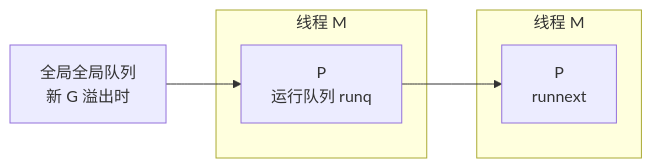
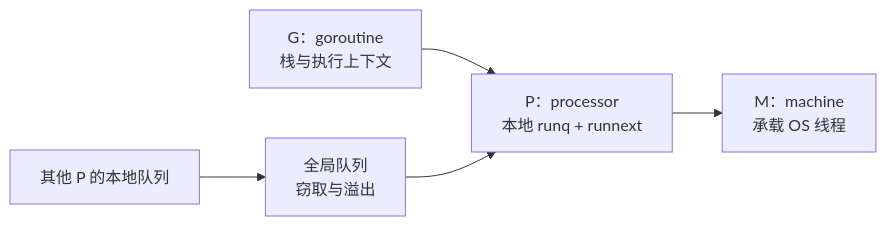
One commit to MoreConsequence/MoreConsequence.github.io changed the diagram in content/posts/go-scheduler-gmp-preemption.md. Above: the diagram before and after it, drawn with Mermaid. The commit also changed other lines of this file and 263 other files, not shown here.

````diff
--- a/content/posts/go-scheduler-gmp-preemption.md
+++ b/content/posts/go-scheduler-gmp-preemption.md
@@ -30,12 +28,7 @@
 ```mermaid
 flowchart LR
-    subgraph M1[线程 M]
-        P1[P<br/>运行队列 runq]
-    end
-    subgraph M2[线程 M]
-        P2[P<br/>runnext]
-    end
-    GMQ[全局全局队列<br/>新 G 溢出时]
-    P1 --> P2
-    GMQ --> P1
+    G1["G：goroutine<br/>栈与执行上下文"] --> P1["P：processor<br/>本地 runq + runnext"]
+    P1 --> M1["M：machine<br/>承载 OS 线程"]
+    P2["其他 P 的本地队列"] --> GQ["全局队列<br/>窃取与溢出"]
+    GQ --> P1
 ```
````
